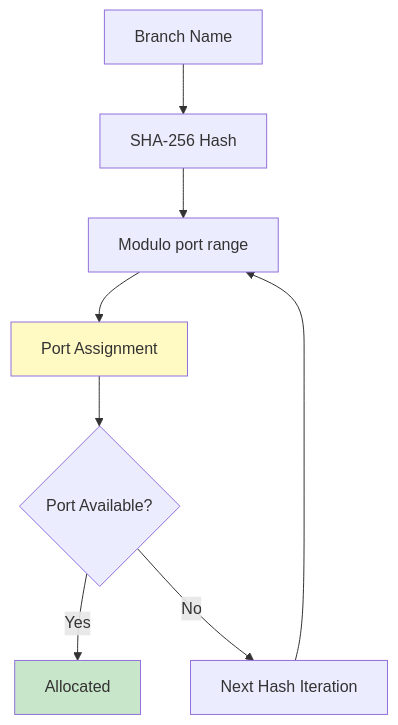
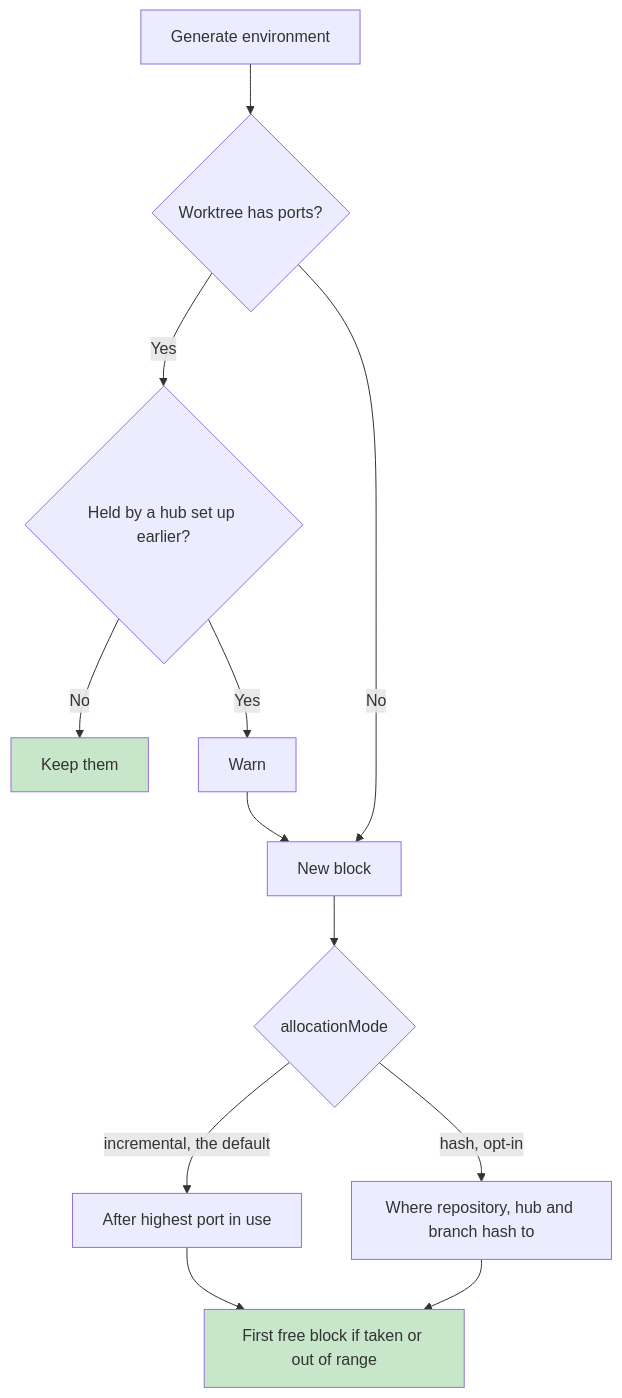
Before and after one commit to hop-top/git: the third of 3 diagrams in docs/03-core-concepts.mdx, drawn with Mermaid. The commit also changed other lines of this file and 6 other files, not shown here.

First line of the commit message:
test(env): pin stable ports on regenerate; docs drop same-branch-same-ports

````diff
--- a/docs/03-core-concepts.mdx
+++ b/docs/03-core-concepts.mdx
@@ -175,13 +178,17 @@
 ```mermaid
 flowchart TD
-    A[Branch Name] --> B[SHA-256 Hash]
-    B --> C[Modulo port range]
-    C --> D[Port Assignment]
-    D --> E{Port Available?}
-    E -->|Yes| F[Allocated]
-    E -->|No| G[Next Hash Iteration]
-    G --> C
-    
-    style F fill:#c8e6c9
-    style D fill:#fff9c4
+    A[Generate environment] --> B{Worktree has ports?}
+    B -->|Yes| C{Held by a hub set up earlier?}
+    C -->|No| D[Keep them]
+    C -->|Yes| E[Warn]
+    B -->|No| F[New block]
+    E --> F
+    F --> G{allocationMode}
+    G -->|incremental, the default| H[After highest port in use]
+    G -->|hash, opt-in| I[Where repository, hub and branch hash to]
+    H --> J[First free block if taken or out of range]
+    I --> J
+
+    style D fill:#c8e6c9
+    style J fill:#c8e6c9
 ```
````
